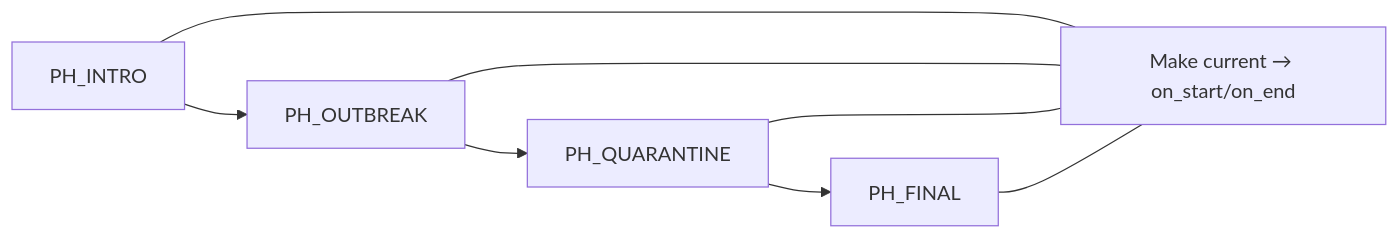
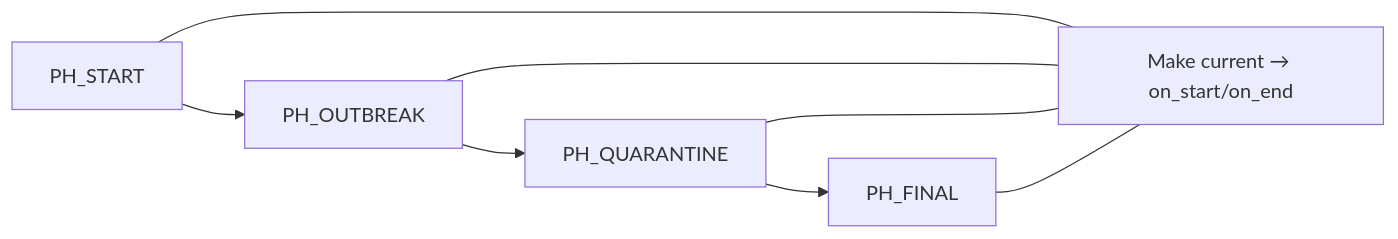
The tenth of 15 diagrams in VISUALS.md (Samdisan/hellixgame), drawn with Mermaid before and after one commit. The commit also changed other lines of this file and 20 other files, not shown here.

````diff
--- a/VISUALS.md
+++ b/VISUALS.md
@@ -213,10 +213,10 @@
 ```mermaid
 flowchart LR
-  Intro[PH_INTRO] --> Outbreak[PH_OUTBREAK]
+  Intro[PH_START] --> Outbreak[PH_OUTBREAK]
   Outbreak --> Quarantine[PH_QUARANTINE]
   Quarantine --> Final[PH_FINAL]
   Intro --- Actions[Make current → on_start/on_end]
   Outbreak --- Actions
   Quarantine --- Actions
   Final --- Actions
 ```
````
